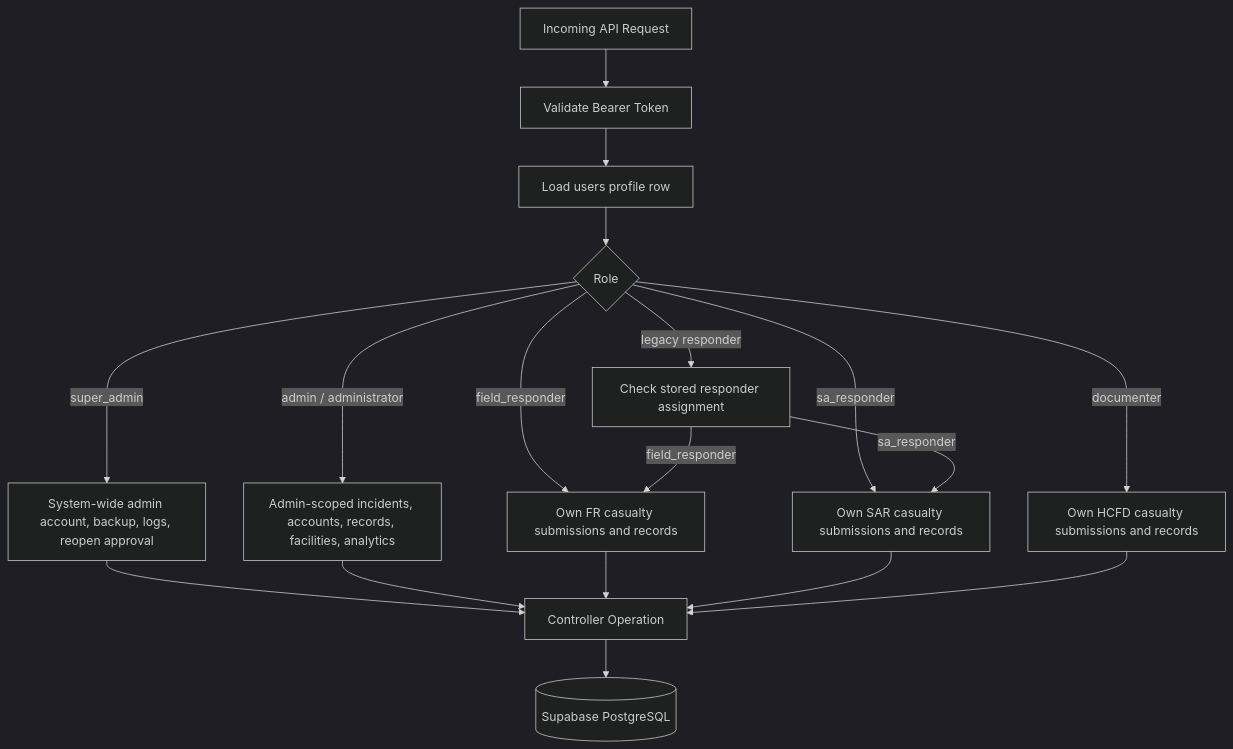
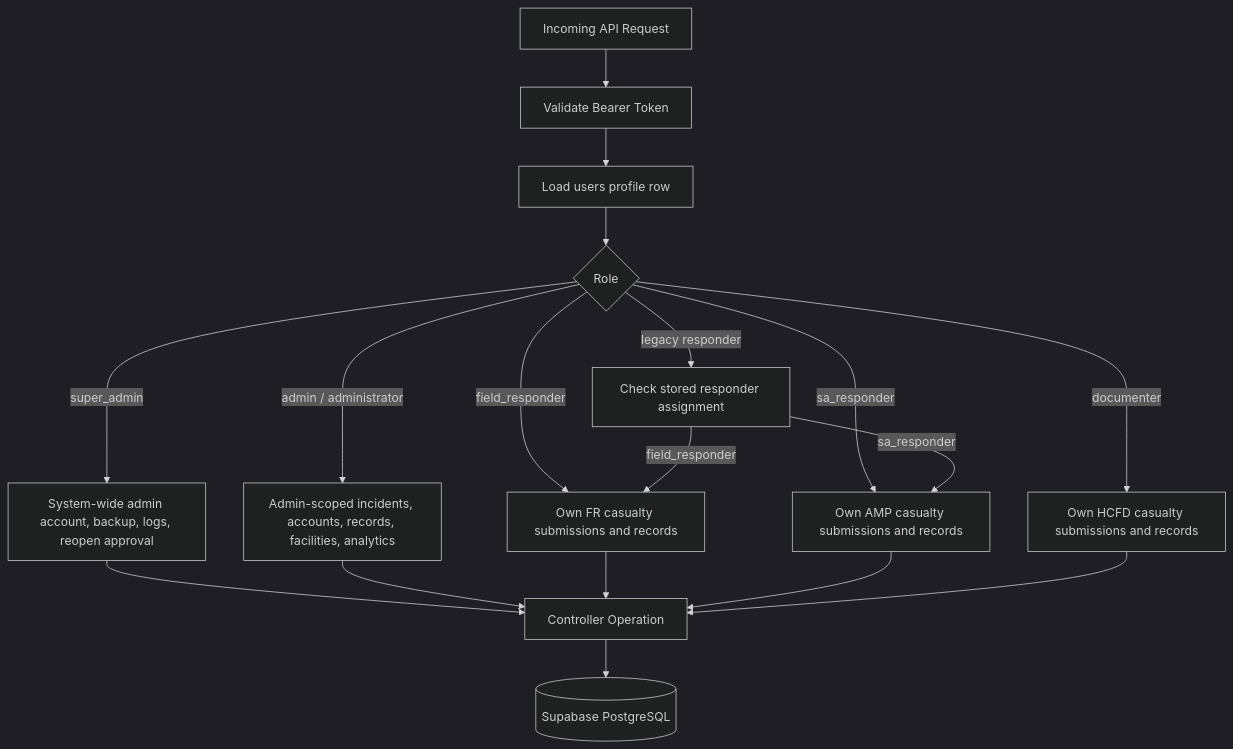
Diagram 12 of 13 in disaster-casualty-system/SYSTEM_ARCHITECTURE_AND_DATABASE_SCHEMA.md (jlgallajones/upmanila), drawn with Mermaid (dark theme) before and after one commit. The commit also changed other lines of this file and 15 other files, not shown here.

````diff
--- a/disaster-casualty-system/SYSTEM_ARCHITECTURE_AND_DATABASE_SCHEMA.md
+++ b/disaster-casualty-system/SYSTEM_ARCHITECTURE_AND_DATABASE_SCHEMA.md
@@ -613,23 +613,23 @@
 ```mermaid
 flowchart TD
   Request["Incoming API Request"] --> TokenCheck["Validate Bearer Token"]
   TokenCheck --> ProfileLoad["Load users profile row"]
   ProfileLoad --> RoleCheck{Role}
 
   RoleCheck -->|super_admin| SuperAdminAccess["System-wide admin account, backup, logs, reopen approval"]
   RoleCheck -->|admin / administrator| AdminScope["Admin-scoped incidents, accounts, records, facilities, analytics"]
   RoleCheck -->|field_responder| FRScope["Own FR casualty submissions and records"]
-  RoleCheck -->|sa_responder| SARScope["Own SAR casualty submissions and records"]
+  RoleCheck -->|sa_responder| AMPScope["Own AMP casualty submissions and records"]
   RoleCheck -->|documenter| HCFDScope["Own HCFD casualty submissions and records"]
   RoleCheck -->|legacy responder| AssignmentCheck["Check stored responder assignment"]
 
   AssignmentCheck -->|field_responder| FRScope
-  AssignmentCheck -->|sa_responder| SARScope
+  AssignmentCheck -->|sa_responder| AMPScope
 
   SuperAdminAccess --> Controller["Controller Operation"]
   AdminScope --> Controller
   FRScope --> Controller
-  SARScope --> Controller
+  AMPScope --> Controller
   HCFDScope --> Controller
   Controller --> DB[("Supabase PostgreSQL")]
 ```
````
